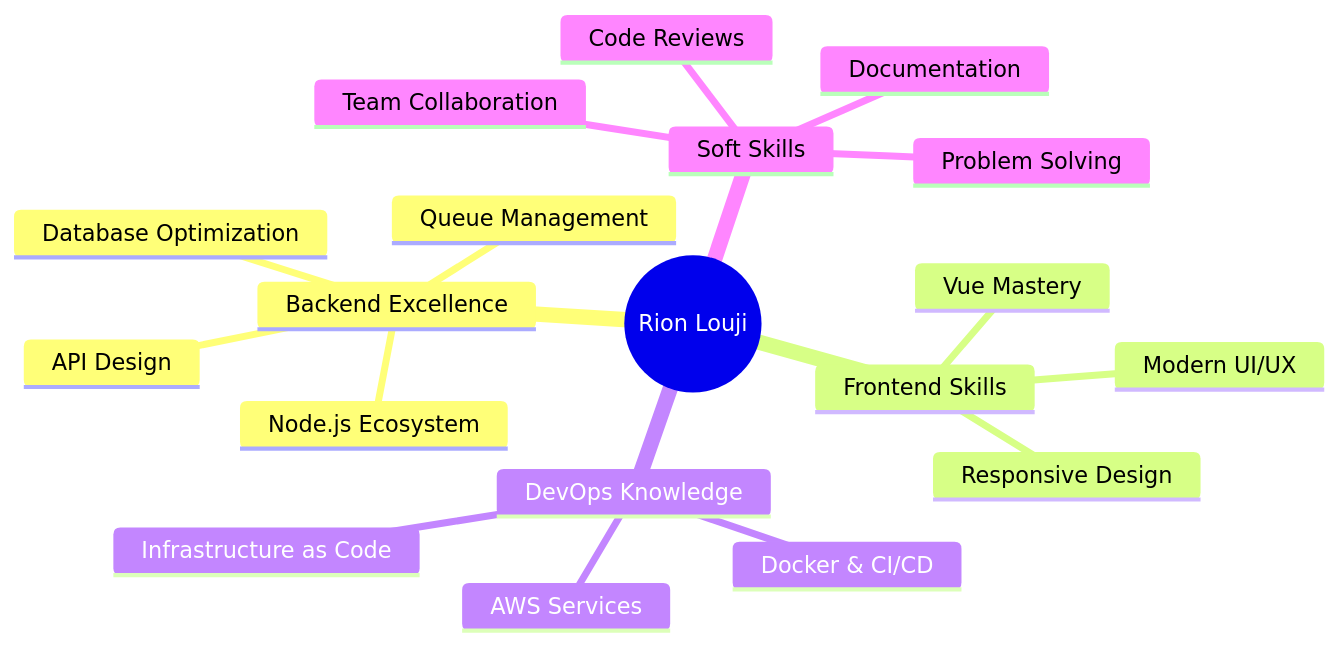
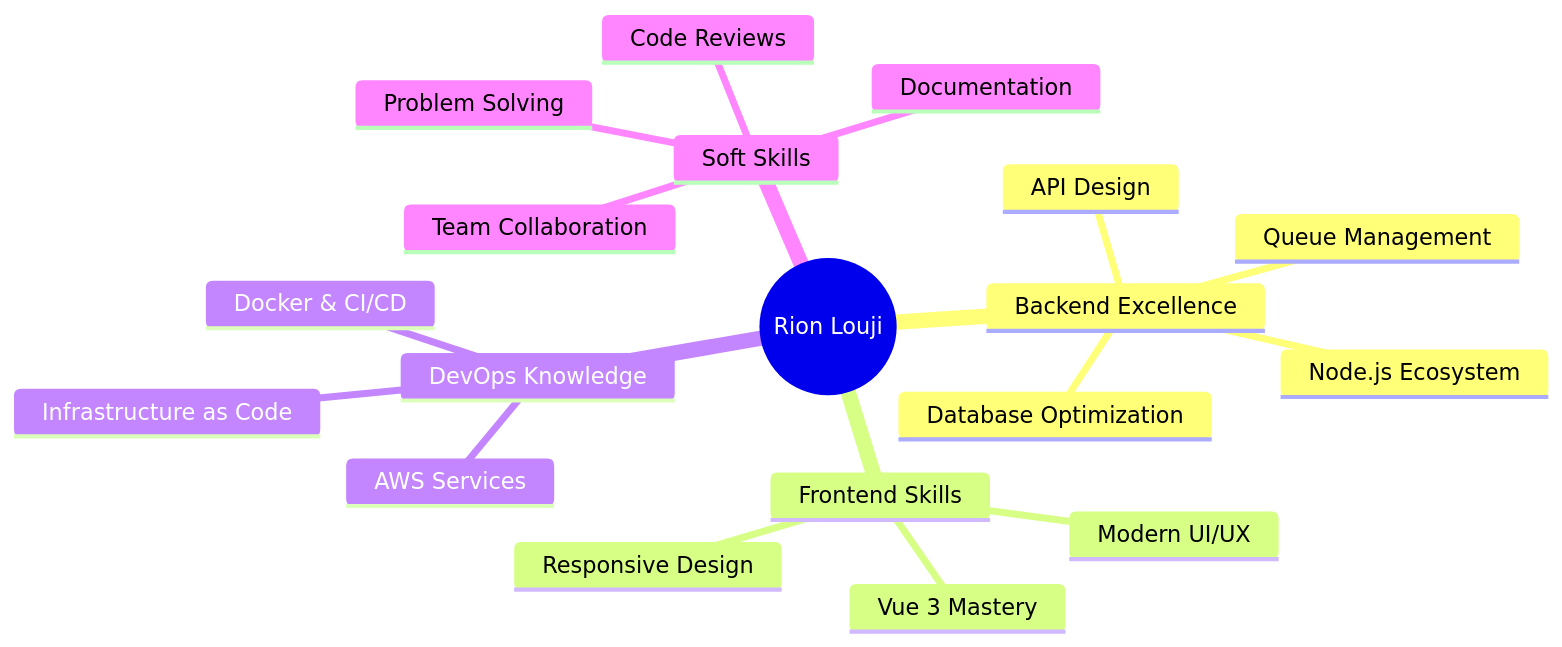
The diagram in README.md (PackmarRionLouji/PackmarRionLouji), drawn with Mermaid before and after one commit. The commit also changed other lines of this file, not shown here.

````diff
--- a/README.md
+++ b/README.md
@@ -137,22 +138,22 @@
 ```mermaid
 mindmap
   root((Rion Louji))
     Backend Excellence
       Node.js Ecosystem
       API Design
       Database Optimization
       Queue Management
     Frontend Skills
-      Vue Mastery
+      Vue 3 Mastery
       Modern UI/UX
       Responsive Design
     DevOps Knowledge
       Docker & CI/CD
       AWS Services
       Infrastructure as Code
     Soft Skills
       Problem Solving
       Team Collaboration
       Code Reviews
       Documentation
 ```
````
